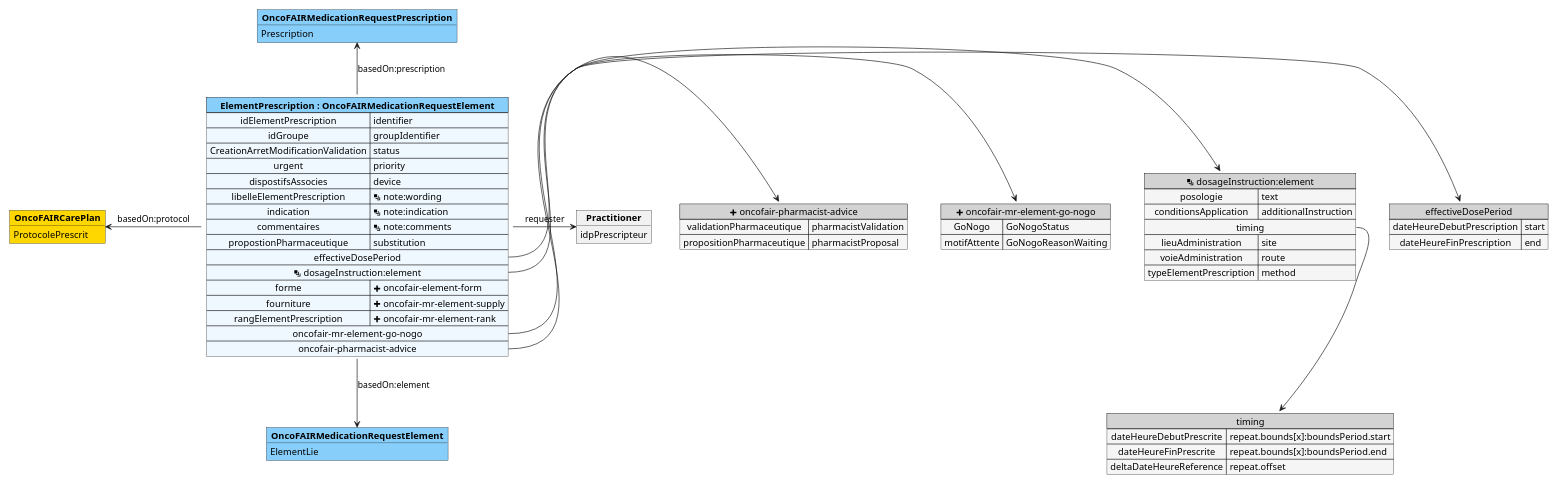
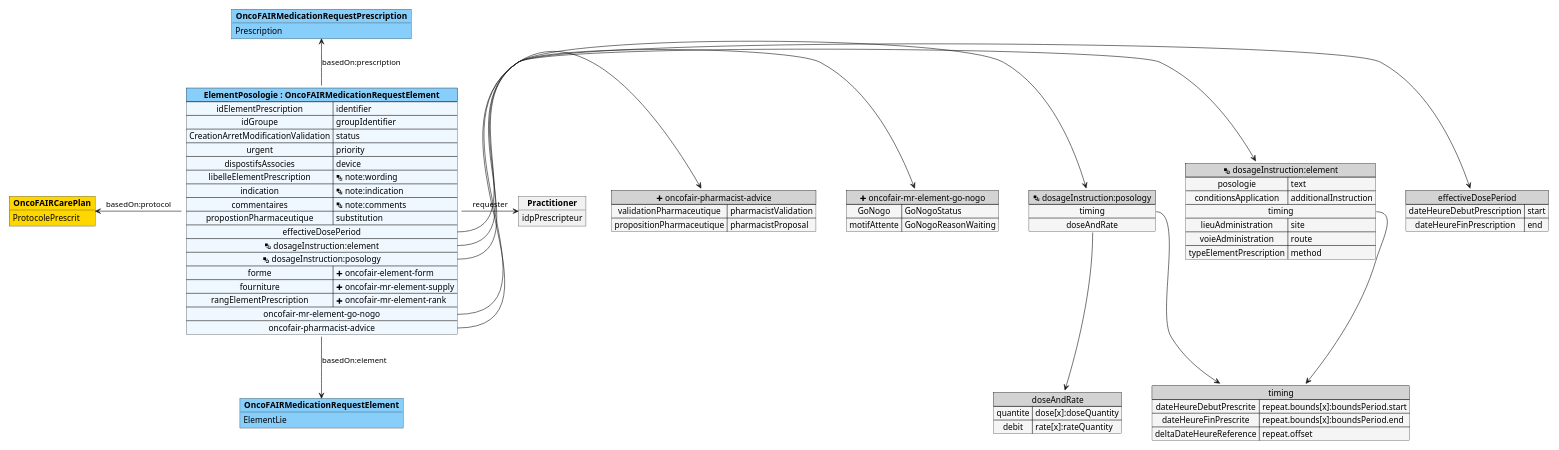
One commit to ONCOFAIR/FHIR-ImplementationGuide-Article changed the diagram in input/images-source/OncoFAIRMedicationRequestElement.plantuml. Above: the diagram before and after it, drawn with PlantUML. The commit also changed 13 other files, not shown here.

Commit message:
modifications schéma uml/svg

```diff
--- a/input/images-source/OncoFAIRMedicationRequestElement.plantuml
+++ b/input/images-source/OncoFAIRMedicationRequestElement.plantuml
@@ -1,74 +1,86 @@
 @startuml
 
 scale 1700 width
+
 map "timing" as timing #back:WhiteSmoke;header:LightGray {
     dateHeureDebutPrescrite => repeat.bounds[x]:boundsPeriod.start
     dateHeureFinPrescrite => repeat.bounds[x]:boundsPeriod.end
     deltaDateHeureReference => repeat.offset
+}
+
+map "doseAndRate" as doseAndRate #back:WhiteSmoke;header:LightGray {
+    quantite => dose[x]:doseQuantity
+    debit => rate[x]:rateQuantity
 }
 
 map "effectiveDosePeriod" as effectiveDosePeriod #back:WhiteSmoke;header:LightGray {
     dateHeureDebutPrescription => start
     dateHeureFinPrescription => end
 }
 
 map "<&layers> dosageInstruction:element" as dosageInstructionelement #back:WhiteSmoke;header:LightGray {
     posologie => text
     conditionsApplication => additionalInstruction
     timing *--> timing
     lieuAdministration => site
     voieAdministration => route
     typeElementPrescription => method
+}
+
+map "<&layers> dosageInstruction:posology" as dosageInstructionposology #back:WhiteSmoke;header:LightGray {
+    timing *--> timing
+    doseAndRate *--> doseAndRate
 }
 
 object "**OncoFAIRMedicationRequestPrescription**" as OncoFAIRMedicationRequestPrescription #LightSkyBlue {
     Prescription
 }
 
 object "**OncoFAIRMedicationRequestElement**" as OncoFAIRMedicationRequestElement #LightSkyBlue {
     ElementLie
 }
 
 object "**OncoFAIRCarePlan**" as OncoFAIRCarePlan #Gold {
     ProtocolePrescrit
 }
 
 object "**Practitioner**" as Practitioner {
     idpPrescripteur
 }
 
 map "<&plus> oncofair-mr-element-go-nogo" as oncofairmrelementgonogo #back:WhiteSmoke;header:LightGray {
     GoNogo => GoNogoStatus
     motifAttente => GoNogoReasonWaiting
 }
 
 map "<&plus> oncofair-pharmacist-advice" as oncofairpharmacistadvice #back:WhiteSmoke;header:LightGray {
     validationPharmaceutique => pharmacistValidation
     propositionPharmaceutique => pharmacistProposal
 }
 
-map "**ElementPrescription : OncoFAIRMedicationRequestElement**" as ElementPrescription #back:AliceBlue;header:LightSkyBlue {
+map "**ElementPosologie : OncoFAIRMedicationRequestElement**" as ElementPosologie #back:AliceBlue;header:LightSkyBlue {
     idElementPrescription => identifier
     idGroupe => groupIdentifier
     CreationArretModificationValidation => status
     urgent => priority
     dispostifsAssocies => device
     libelleElementPrescription => <&layers> note:wording
     indication => <&layers> note:indication
     commentaires => <&layers> note:comments
     propostionPharmaceutique => substitution
     effectiveDosePeriod *-> effectiveDosePeriod
     <&layers> dosageInstruction:element *-> dosageInstructionelement
+    <&layers> dosageInstruction:posology *-> dosageInstructionposology
     forme => <&plus> oncofair-element-form
     fourniture => <&plus> oncofair-mr-element-supply
     rangElementPrescription => <&plus> oncofair-mr-element-rank
     oncofair-mr-element-go-nogo *-> oncofairmrelementgonogo
     oncofair-pharmacist-advice *-> oncofairpharmacistadvice
 }
 
-ElementPrescription -u-> OncoFAIRMedicationRequestPrescription : basedOn:prescription
-ElementPrescription -d-> OncoFAIRMedicationRequestElement : basedOn:element
-ElementPrescription -l-> OncoFAIRCarePlan : basedOn:protocol
-ElementPrescription -r-> Practitioner : requester
+ElementPosologie -u-> OncoFAIRMedicationRequestPrescription : basedOn:prescription
+ElementPosologie -d-> OncoFAIRMedicationRequestElement : basedOn:element
+ElementPosologie -l-> OncoFAIRCarePlan : basedOn:protocol
+ElementPosologie -r-> Practitioner : requester
 
 @enduml
```
